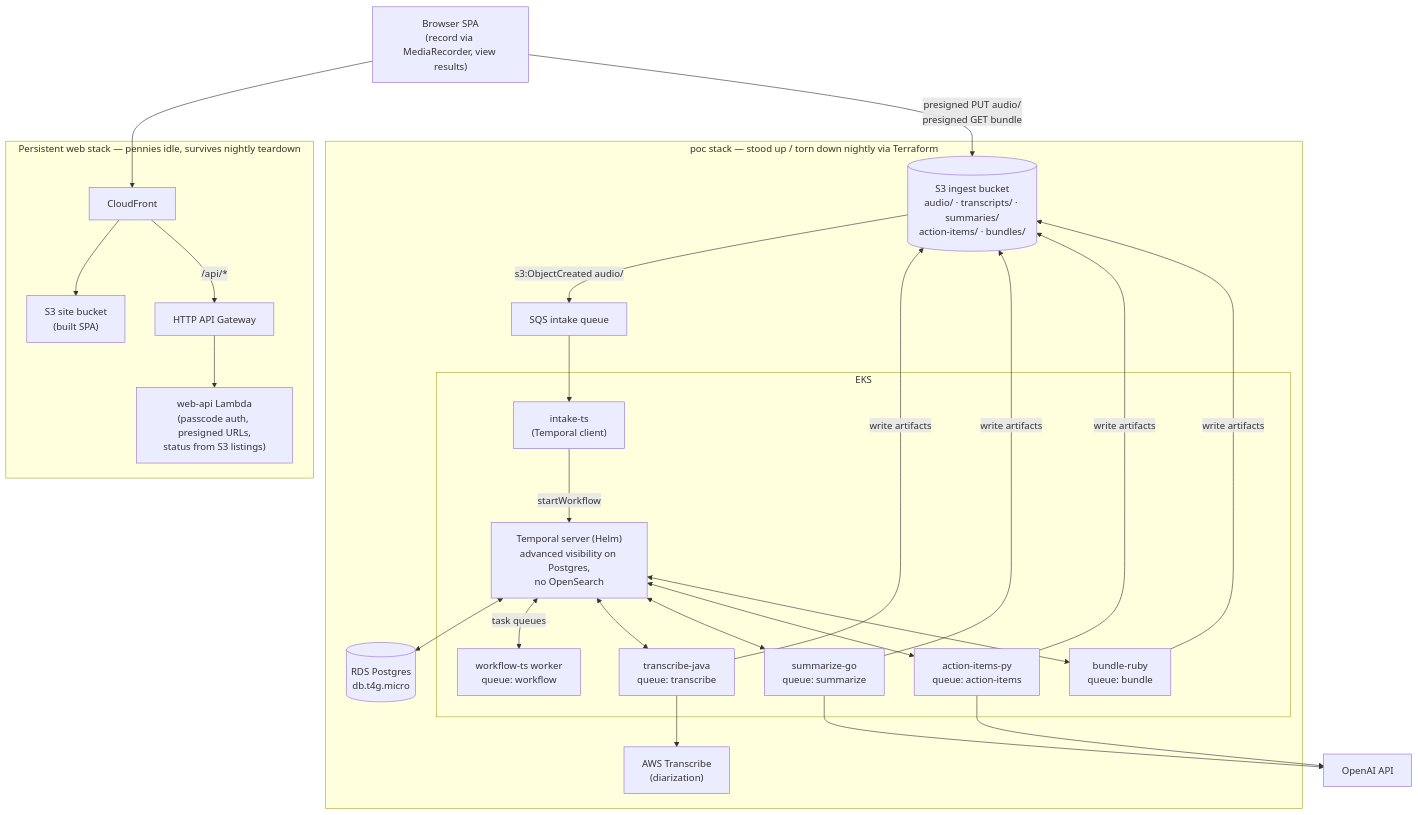
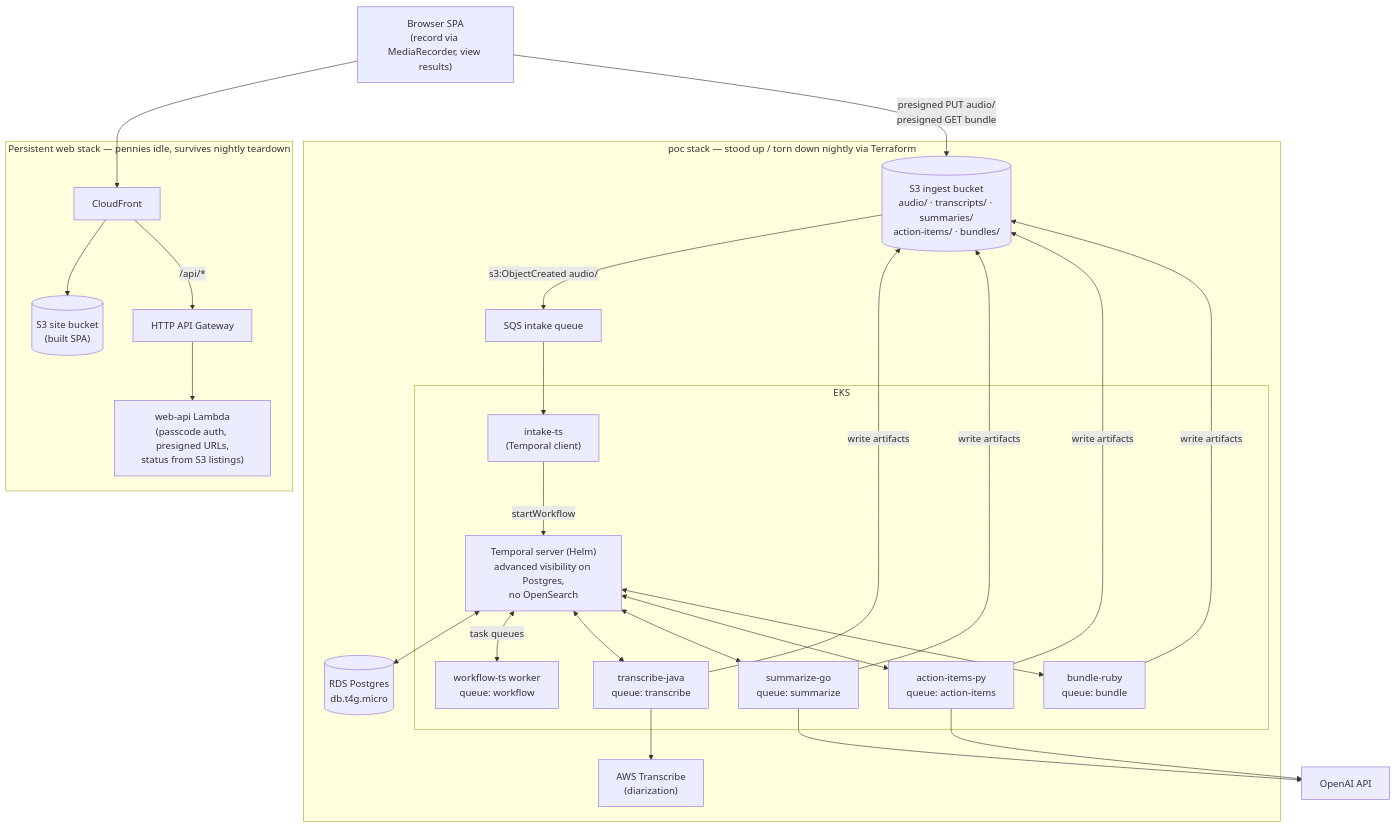
One commit to anthonywittig/audio-recording-processor changed the diagram in README.md. Above: the diagram before and after it, drawn with Mermaid.

Commit message:
docs: cylinder shape for the SPA site bucket too

````diff
--- a/README.md
+++ b/README.md
@@ -25,44 +25,44 @@
 ```mermaid
 flowchart TB
   Browser["Browser SPA<br/>(record via MediaRecorder, view results)"]
 
   subgraph webstack["Persistent web stack — pennies idle, survives nightly teardown"]
     CF["CloudFront"]
-    Site["S3 site bucket<br/>(built SPA)"]
+    Site[("S3 site bucket<br/>(built SPA)")]
     APIGW["HTTP API Gateway"]
     Lambda["web-api Lambda<br/>(passcode auth, presigned URLs,<br/>status from S3 listings)"]
   end
 
   subgraph poc["poc stack — stood up / torn down nightly via Terraform"]
     Ingest[("S3 ingest bucket<br/>audio/ · transcripts/ · summaries/<br/>action-items/ · bundles/")]
     SQS["SQS intake queue"]
 
     subgraph eks["EKS"]
       Intake["intake-ts<br/>(Temporal client)"]
       Temporal["Temporal server (Helm)<br/>advanced visibility on Postgres,<br/>no OpenSearch"]
       WF["workflow-ts worker<br/>queue: workflow"]
       Java["transcribe-java<br/>queue: transcribe"]
       Go["summarize-go<br/>queue: summarize"]
       Py["action-items-py<br/>queue: action-items"]
       Rb["bundle-ruby<br/>queue: bundle"]
     end
 
     RDS[("RDS Postgres<br/>db.t4g.micro")]
     Transcribe["AWS Transcribe<br/>(diarization)"]
   end
 
   OpenAI["OpenAI API"]
 
   Browser --> CF
   CF --> Site
   CF -->|"/api/*"| APIGW --> Lambda
   Browser -->|"presigned PUT audio/<br/>presigned GET bundle"| Ingest
   Ingest -->|"s3:ObjectCreated audio/"| SQS --> Intake -->|startWorkflow| Temporal
   Temporal <--> RDS
   Temporal <-->|task queues| WF
   Temporal <--> Java & Go & Py & Rb
   Java --> Transcribe
   Go --> OpenAI
   Py --> OpenAI
   Java & Go & Py & Rb -->|"write artifacts"| Ingest
 ```
````
